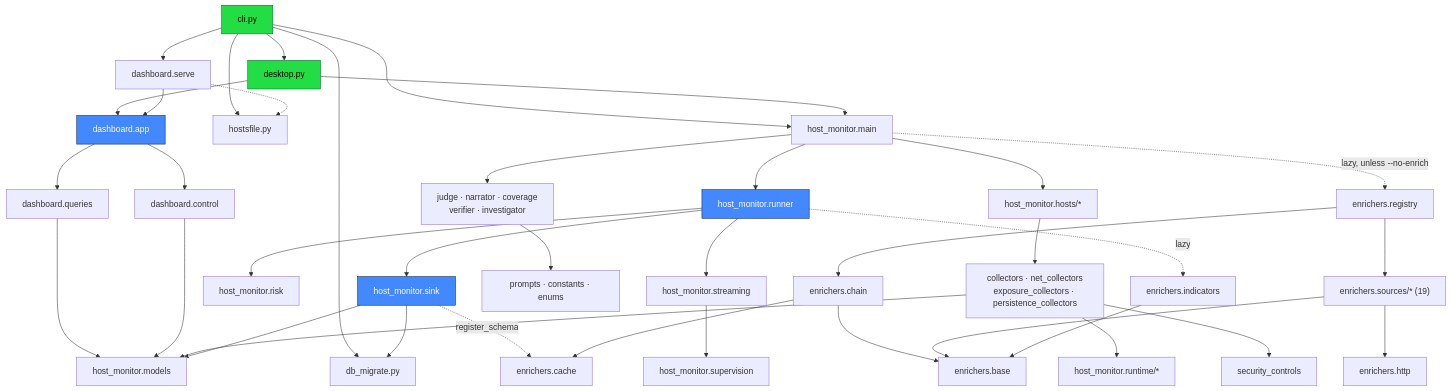
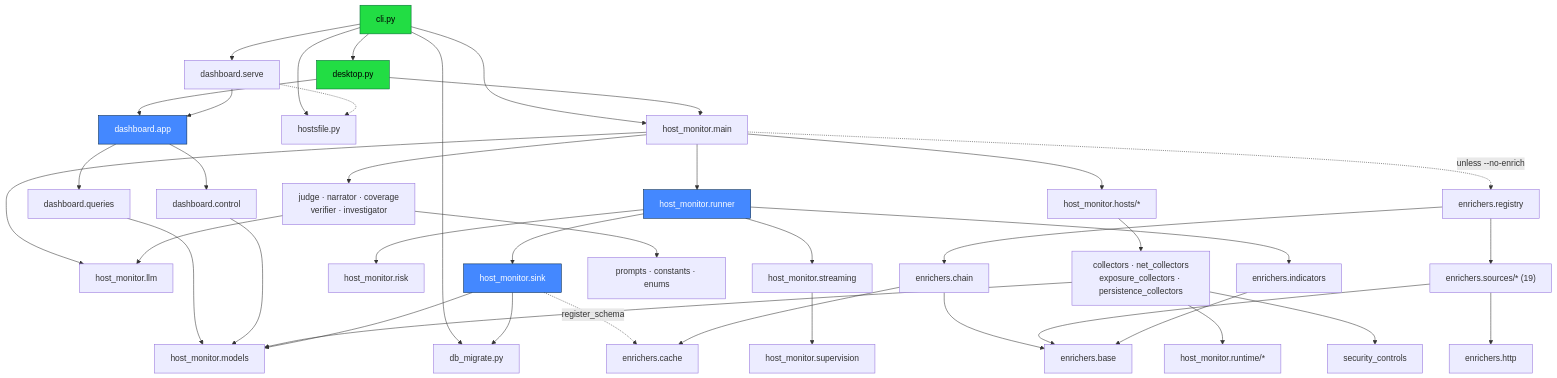
The second of 22 diagrams in docs/ARCHITECTURE.md (iklobato/avai), drawn with Mermaid before and after one commit. The commit also changed other lines of this file and 1 other file, not shown here.

First line of the commit message:
docs: document the shared LLM client and record phase 3

````diff
--- a/docs/ARCHITECTURE.md
+++ b/docs/ARCHITECTURE.md
@@ -155,47 +156,49 @@
 ```mermaid
 graph TD
     cli["cli.py"] --> hmmain["host_monitor.main"]
     cli --> serve["dashboard.serve"]
     cli --> desktop["desktop.py"]
     cli --> hostsfile["hostsfile.py"]
     cli --> dbm["db_migrate.py"]
     desktop --> hmmain
     desktop --> dapp["dashboard.app"]
     serve --> dapp
     serve -.-> hostsfile
     dapp --> queries["dashboard.queries"]
     dapp --> control["dashboard.control"]
     queries --> models["host_monitor.models"]
     control --> models
 
     hmmain --> runner["host_monitor.runner"]
     hmmain --> hosts["host_monitor.hosts/*"]
     hmmain --> stages["judge · narrator · coverage<br/>verifier · investigator"]
-    hmmain -. "lazy, unless --no-enrich" .-> reg["enrichers.registry"]
+    hmmain -. "unless --no-enrich" .-> reg["enrichers.registry"]
+    hmmain --> llm["host_monitor.llm"]
     runner --> sink["host_monitor.sink"]
     runner --> streaming["host_monitor.streaming"]
     runner --> risk["host_monitor.risk"]
-    runner -. "lazy" .-> ind["enrichers.indicators"]
+    runner --> ind["enrichers.indicators"]
     streaming --> supervision["host_monitor.supervision"]
     hosts --> collectors["collectors · net_collectors<br/>exposure_collectors · persistence_collectors"]
     collectors --> runtime["host_monitor.runtime/*"]
     collectors --> seccontrols["security_controls"]
     collectors --> models
     stages --> prompts["prompts · constants · enums"]
+    stages --> llm
     sink --> models
     sink --> dbm
     sink -. "register_schema" .-> cache["enrichers.cache"]
 
     reg --> chain["enrichers.chain"]
     reg --> sources["enrichers.sources/* (19)"]
     chain --> cache
     chain --> base["enrichers.base"]
     sources --> http["enrichers.http"]
     sources --> base
     ind --> base
 
     classDef entry fill:#2d4,stroke:#063,color:#000
     classDef big fill:#48f,stroke:#024,color:#fff
     class cli,desktop entry
     class runner,sink,dapp big
 ```
````
